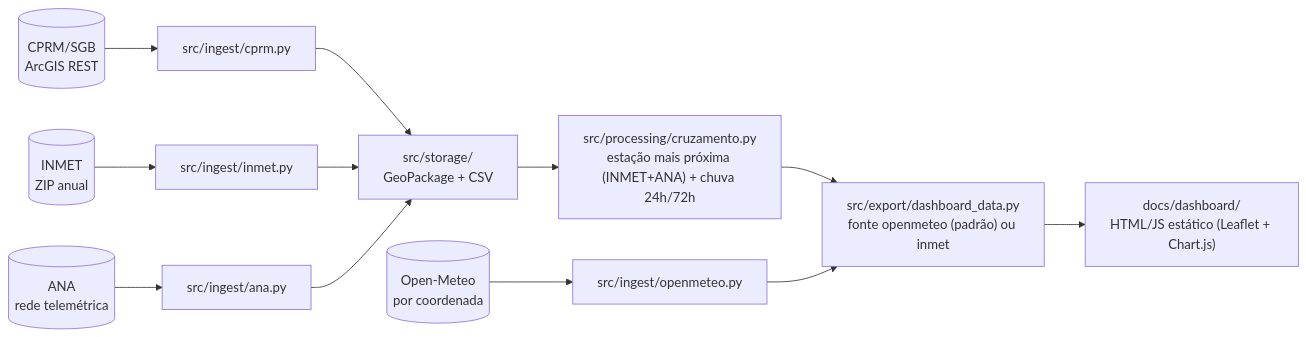
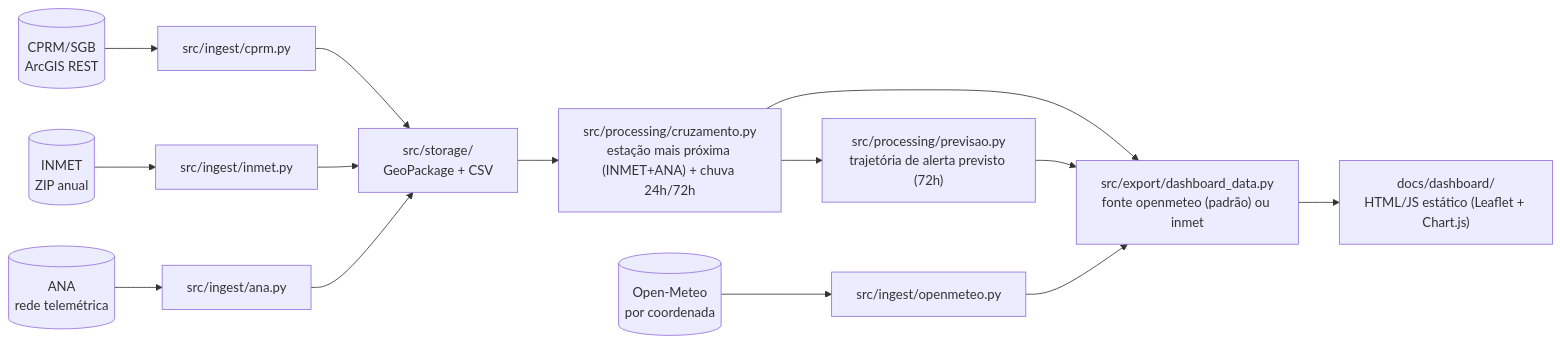
The diagram in README.md (hcristosm/ORCA), drawn with Mermaid before and after one commit. The commit also changed other lines of this file and 7 other files, not shown here.

````diff
--- a/README.md
+++ b/README.md
@@ -84,14 +84,16 @@
 ```mermaid
 flowchart LR
     CPRM[("CPRM/SGB<br/>ArcGIS REST")] --> ING1["src/ingest/cprm.py"]
     INMET[("INMET<br/>ZIP anual")] --> ING2["src/ingest/inmet.py"]
     ANA[("ANA<br/>rede telemétrica")] --> ING3["src/ingest/ana.py"]
     OM[("Open-Meteo<br/>por coordenada")] --> ING4["src/ingest/openmeteo.py"]
     ING1 --> STORE["src/storage/<br/>GeoPackage + CSV"]
     ING2 --> STORE
     ING3 --> STORE
     STORE --> PROC["src/processing/cruzamento.py<br/>estação mais próxima (INMET+ANA) + chuva 24h/72h"]
+    PROC --> PREV["src/processing/previsao.py<br/>trajetória de alerta previsto (72h)"]
     PROC --> EXPORT["src/export/dashboard_data.py<br/>fonte openmeteo (padrão) ou inmet"]
+    PREV --> EXPORT
     ING4 --> EXPORT
     EXPORT --> DASH["docs/dashboard/<br/>HTML/JS estático (Leaflet + Chart.js)"]
 ```
````
